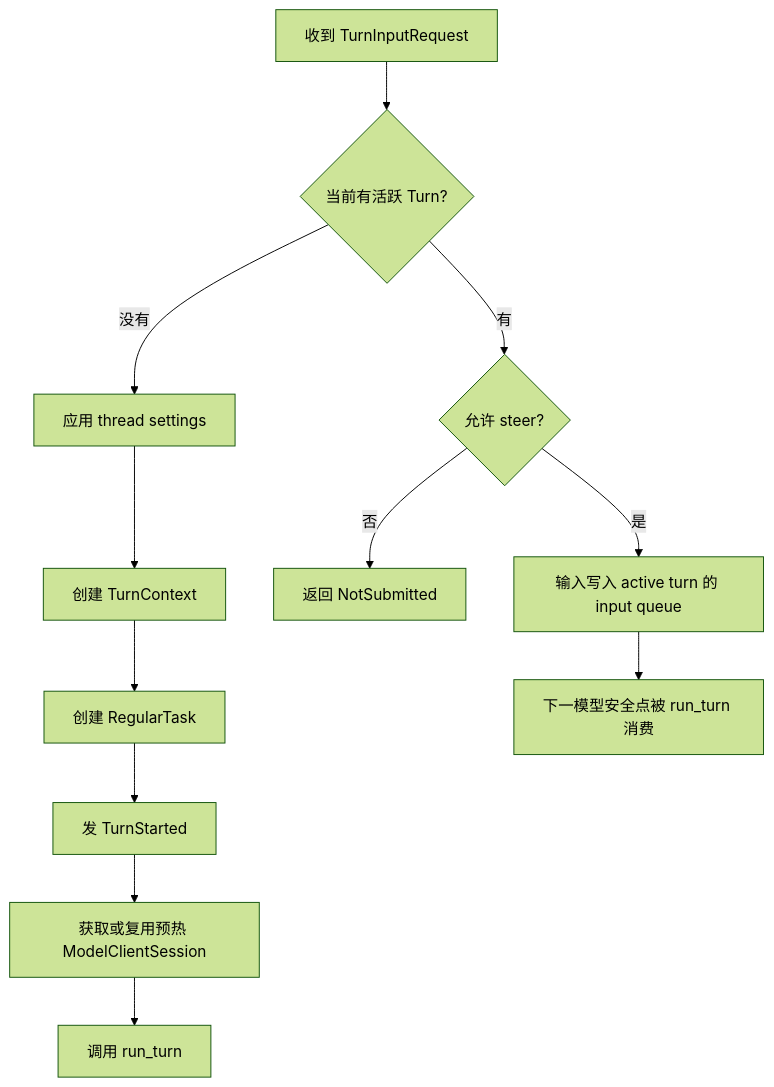
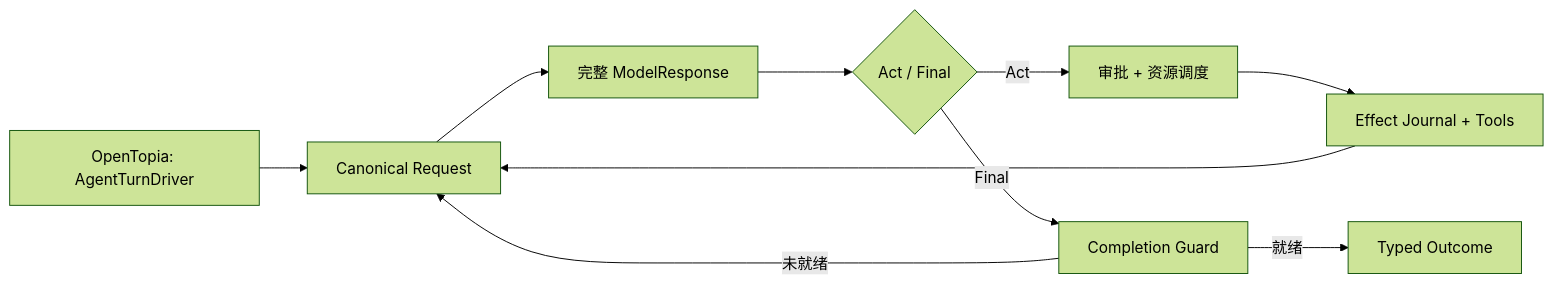
Before and after one commit to StagoMax/OpenTopia: the third of 8 diagrams in docs/codex-vs-opentopia-agent-loop-zh-cn.md, drawn with Mermaid (forest theme). The commit also changed other lines of this file, not shown here.

Commit message:
docs: clarify Codex and OpenTopia loop behavior

````diff
--- a/docs/codex-vs-opentopia-agent-loop-zh-cn.md
+++ b/docs/codex-vs-opentopia-agent-loop-zh-cn.md
@@ -116,15 +74,12 @@
 ```mermaid
-flowchart TD
-    A[收到 TurnInputRequest] --> B{当前有活跃 Turn?}
-    B -->|没有| C[应用 thread settings]
-    C --> D[创建 TurnContext]
-    D --> E[创建 RegularTask]
-    E --> F[发 TurnStarted]
-    F --> G[获取或复用预热 ModelClientSession]
-    G --> H[调用 run_turn]
-
-    B -->|有| I{允许 steer?}
-    I -->|否| J[返回 NotSubmitted]
-    I -->|是| K[输入写入 active turn 的 input queue]
-    K --> L[下一模型安全点被 run_turn 消费]
+flowchart LR
+    O1[OpenTopia: AgentTurnDriver] --> O2[Canonical Request]
+    O2 --> O3[完整 ModelResponse]
+    O3 --> O4{Act / Final}
+    O4 -->|Act| O5[审批 + 资源调度]
+    O5 --> O6[Effect Journal + Tools]
+    O6 --> O2
+    O4 -->|Final| O7[Completion Guard]
+    O7 -->|未就绪| O2
+    O7 -->|就绪| O8[Typed Outcome]
 ```
````
